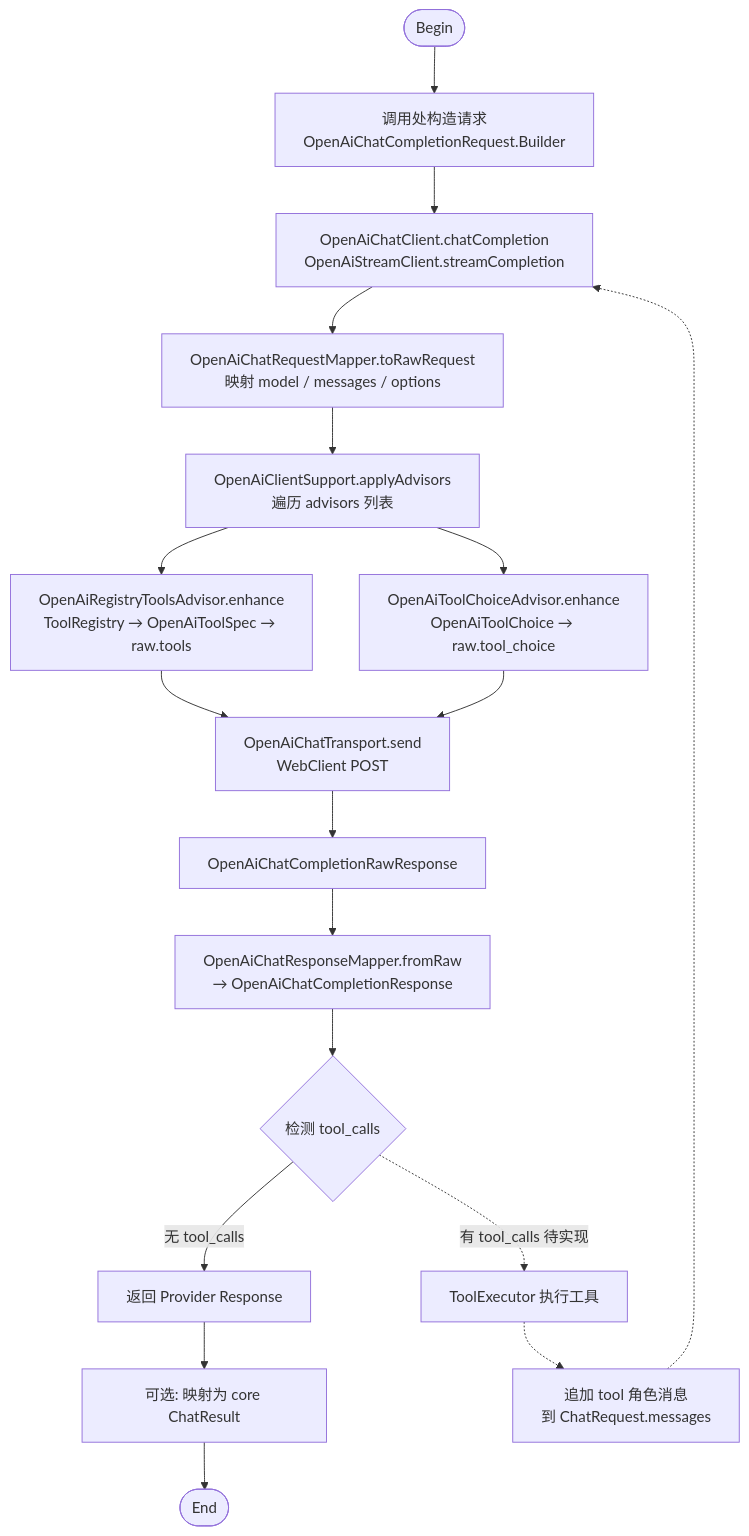
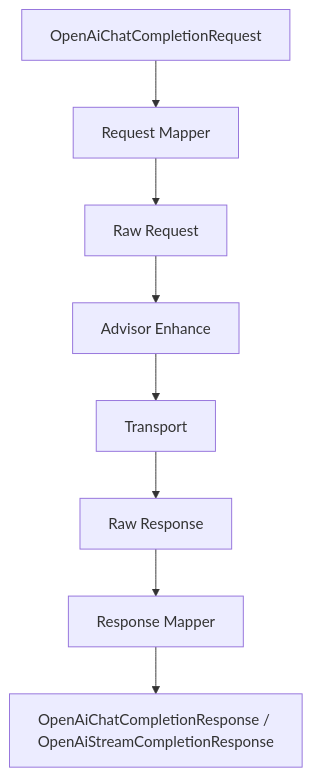
Before and after one commit to Halcyonsong/liteagent-template: the first of 2 diagrams in liteagent-provider-openai/README.md, drawn with Mermaid. The commit also changed other lines of this file and 86 other files, not shown here.

````diff
--- a/liteagent-provider-openai/README.md
+++ b/liteagent-provider-openai/README.md
@@ -117,20 +41,10 @@
 ```mermaid
 flowchart TD
-    Begin([Begin]) --> A1[调用处构造请求<br/>OpenAiChatCompletionRequest.Builder]
-    A1 --> A2[OpenAiChatClient.chatCompletion<br/>OpenAiStreamClient.streamCompletion]
-    A2 --> A3[OpenAiChatRequestMapper.toRawRequest<br/>映射 model / messages / options]
-    A3 --> A4[OpenAiClientSupport.applyAdvisors<br/>遍历 advisors 列表]
-    A4 --> A5["OpenAiRegistryToolsAdvisor.enhance<br/>ToolRegistry → OpenAiToolSpec → raw.tools"]
-    A4 --> A6[OpenAiToolChoiceAdvisor.enhance<br/>OpenAiToolChoice → raw.tool_choice]
-    A5 --> A7[OpenAiChatTransport.send<br/>WebClient POST]
-    A6 --> A7
-    A7 --> A8[OpenAiChatCompletionRawResponse]
-    A8 --> A9[OpenAiChatResponseMapper.fromRaw<br/>→ OpenAiChatCompletionResponse]
-    A9 --> A10{检测 tool_calls}
-    A10 -->|无 tool_calls| A11[返回 Provider Response]
-    A11 --> A12[可选: 映射为 core ChatResult]
-    A12 --> End([End])
-    A10 -.->|有 tool_calls 待实现| B1[ToolExecutor 执行工具]
-    B1 -.-> B2[追加 tool 角色消息<br/>到 ChatRequest.messages]
-    B2 -.-> A2
+    A1[OpenAiChatCompletionRequest] --> A2[Request Mapper]
+    A2 --> A3[Raw Request]
+    A3 --> A4[Advisor Enhance]
+    A4 --> A5[Transport]
+    A5 --> A6[Raw Response]
+    A6 --> A7[Response Mapper]
+    A7 --> A8[OpenAiChatCompletionResponse / OpenAiStreamCompletionResponse]
 ```
````
